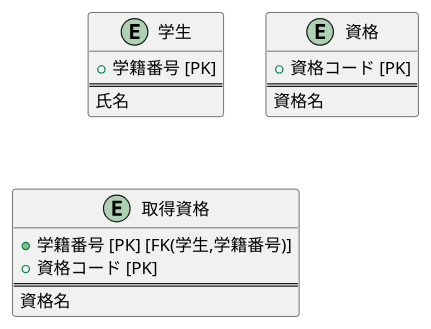
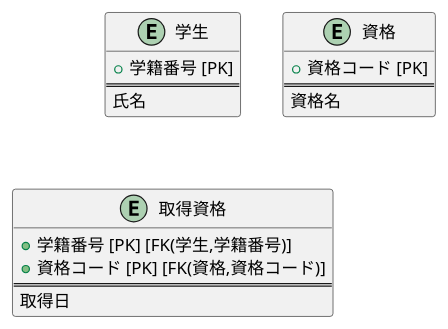
The diagram in DB/E-R図/詳細E-R図.md (Aso2001133/2021sys-design), drawn with PlantUML before and after one commit.

````diff
--- a/DB/E-R図/詳細E-R図.md
+++ b/DB/E-R図/詳細E-R図.md
@@ -1,20 +1,20 @@
 ```puml
 @startuml
 entity "学生" {
   + 学籍番号 [PK]
   ==
   氏名
 }
 entity "資格" {
   + 資格コード [PK]
   ==
   資格名
 }
 entity "取得資格" {
   + 学籍番号 [PK] [FK(学生,学籍番号)]
-  + 資格コード [PK]
+  + 資格コード [PK] [FK(資格,資格コード)]
   ==
-  資格名
+  取得日
 }
 @enduml
 ```
````
